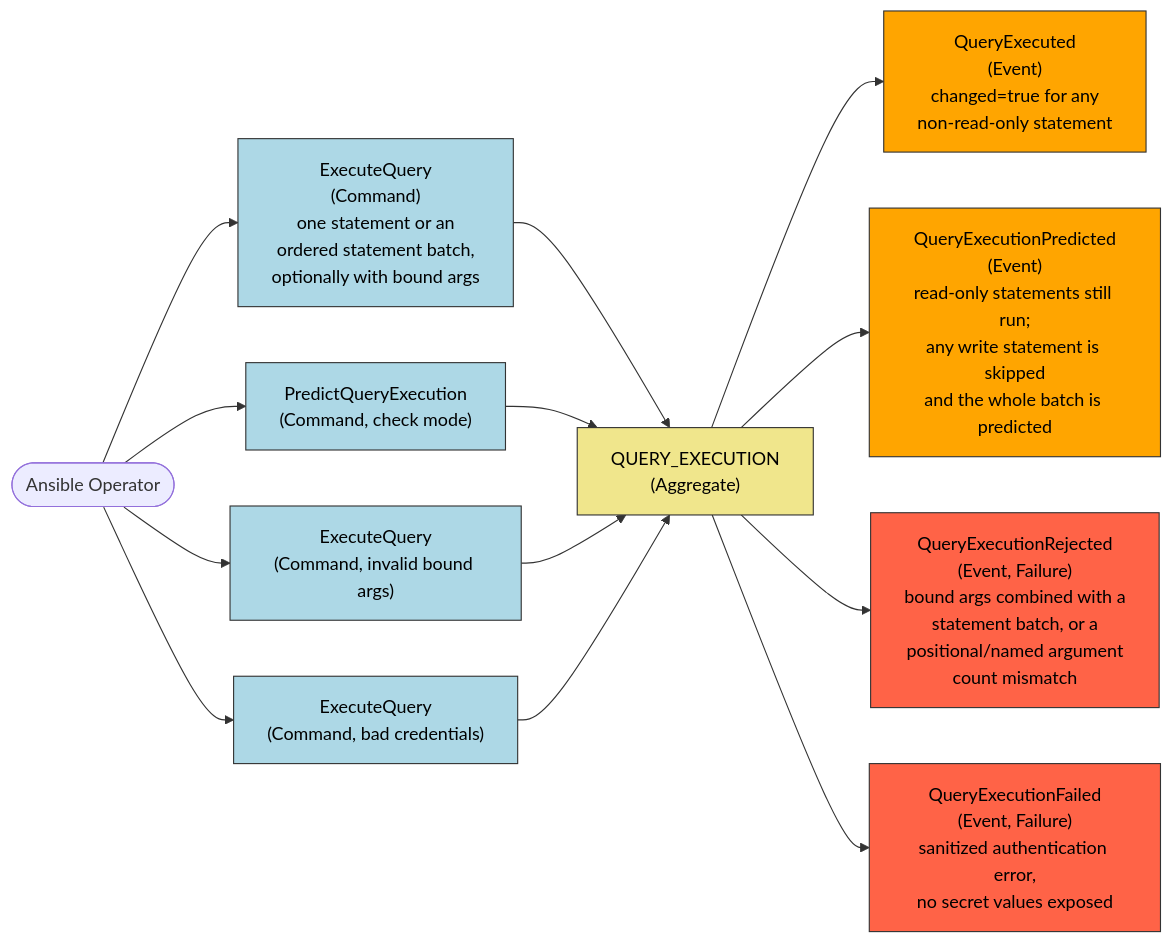
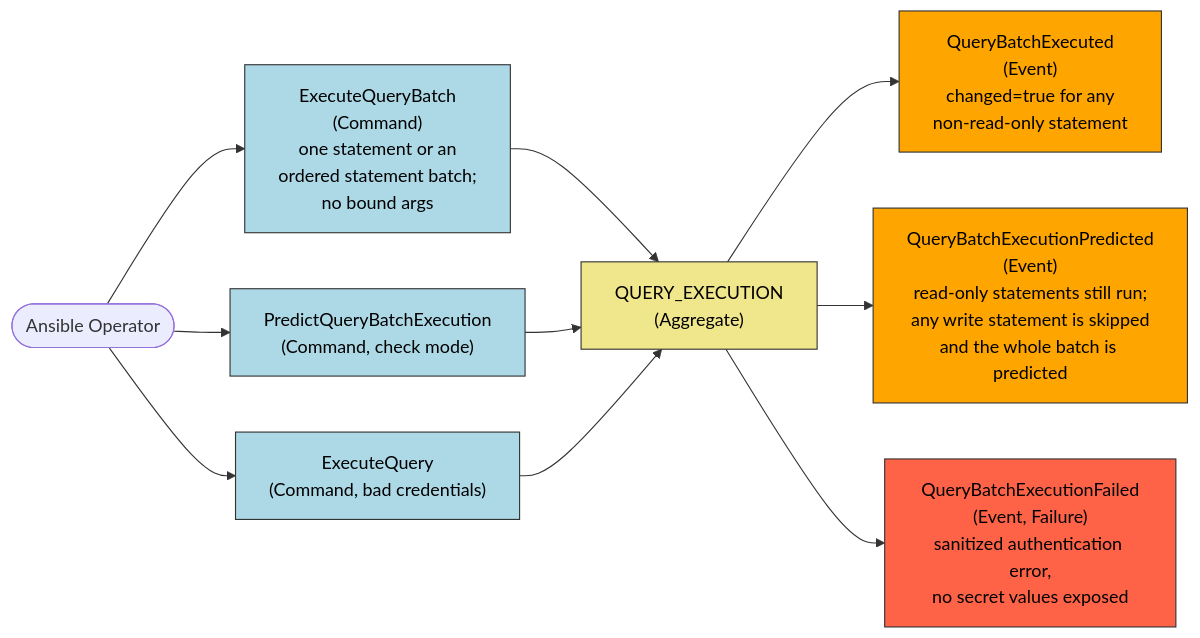
The third of 9 diagrams in doc/design/domain/use_cases.md (exasol/ansible-collection), drawn with Mermaid before and after one commit. The commit also changed other lines of this file and 3 other files, not shown here.

````diff
--- a/doc/design/domain/use_cases.md
+++ b/doc/design/domain/use_cases.md
@@ -121,32 +130,27 @@
 ```mermaid
 flowchart LR
     operator(["Ansible Operator"])
-    AGG["QUERY_EXECUTION\n(Aggregate)"]:::aggregate
+    AGG["QUERY_EXECUTION<br/>(Aggregate)"]:::aggregate
 
-    CMD_Execute["ExecuteQuery\n(Command)\none statement or an\nordered statement batch,\noptionally with bound args"]:::command
-    EVT_Executed["QueryExecuted\n(Event)\nchanged=true for any\nnon-read-only statement"]:::event
+    CMD_Execute["ExecuteQueryBatch<br/>(Command)<br/>one statement or an<br/>ordered statement batch;<br/>no bound args"]:::command
+    EVT_Executed["QueryBatchExecuted<br/>(Event)<br/>changed=true for any<br/>non-read-only statement"]:::event
 
-    CMD_Predict["PredictQueryExecution\n(Command, check mode)"]:::command
-    EVT_Predicted["QueryExecutionPredicted\n(Event)\nread-only statements still run;\nany write statement is skipped\nand the whole batch is predicted"]:::event
+    CMD_Predict["PredictQueryBatchExecution<br/>(Command, check mode)"]:::command
+    EVT_Predicted["QueryBatchExecutionPredicted<br/>(Event)<br/>read-only statements still run;<br/>any write statement is skipped<br/>and the whole batch is predicted"]:::event
 
-    CMD_Invalid["ExecuteQuery\n(Command, invalid bound args)"]:::command
-    EVT_Rejected["QueryExecutionRejected\n(Event, Failure)\nbound args combined with a\nstatement batch, or a\npositional/named argument\ncount mismatch"]:::failure
-
-    CMD_BadAuth["ExecuteQuery\n(Command, bad credentials)"]:::command
-    EVT_Failed["QueryExecutionFailed\n(Event, Failure)\nsanitized authentication error,\nno secret values exposed"]:::failure
+    CMD_BadAuth["ExecuteQuery<br/>(Command, bad credentials)"]:::command
+    EVT_Failed["QueryBatchExecutionFailed<br/>(Event, Failure)<br/>sanitized authentication error,<br/>no secret values exposed"]:::failure
 
     operator --> CMD_Execute
     operator --> CMD_Predict
-    operator --> CMD_Invalid
     operator --> CMD_BadAuth
 
     CMD_Execute --> AGG --> EVT_Executed
     CMD_Predict --> AGG --> EVT_Predicted
-    CMD_Invalid --> AGG --> EVT_Rejected
     CMD_BadAuth --> AGG --> EVT_Failed
 
     classDef command fill:#ADD8E6,stroke:#333,color:#000
     classDef aggregate fill:#F0E68C,stroke:#333,color:#000
     classDef event fill:#FFA500,stroke:#333,color:#000
     classDef failure fill:#FF6347,stroke:#333,color:#000
 ```
````
